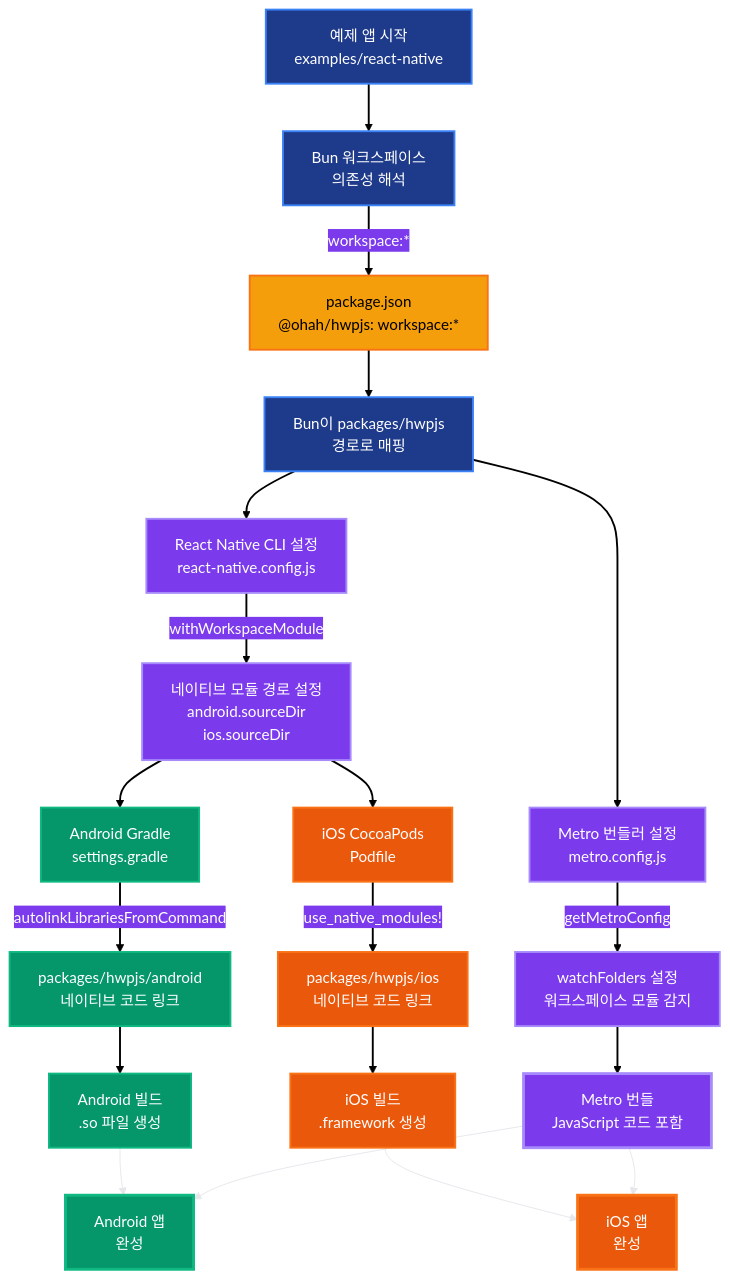
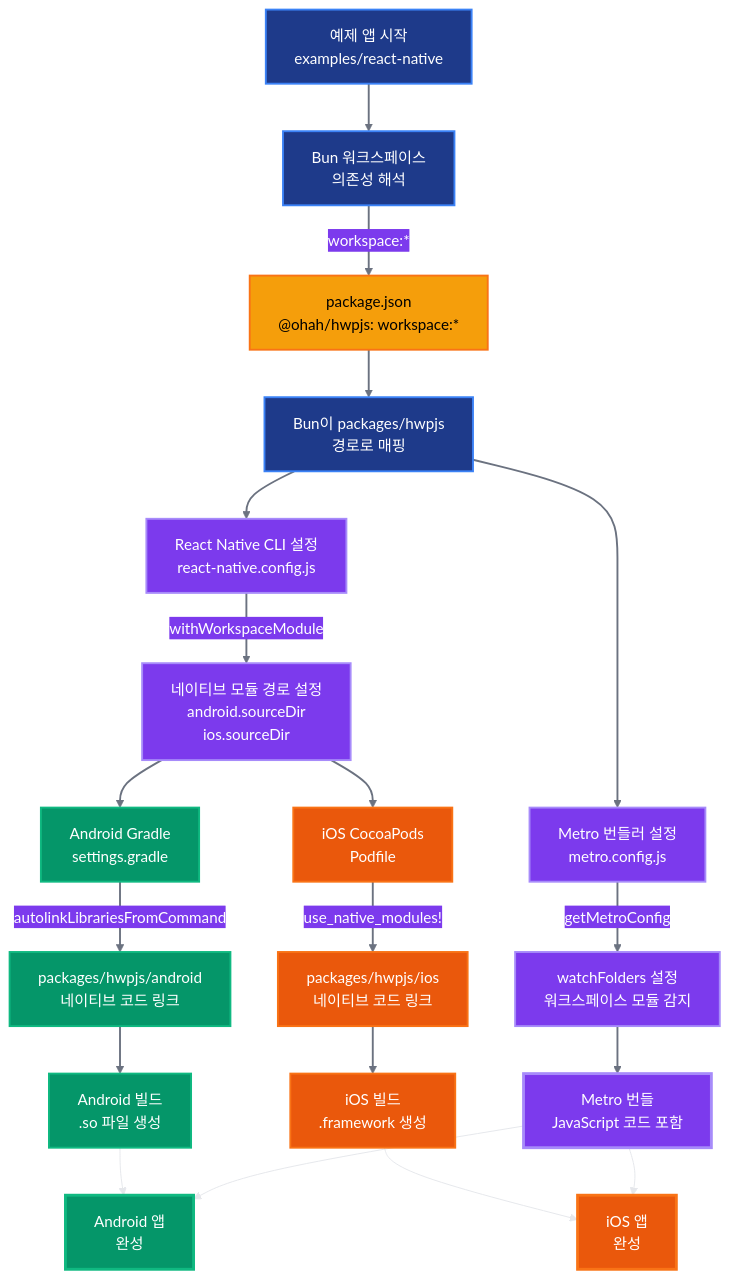
The diagram in docs/monthly-opensource/hwpjs/development-4.mdx (ohah/ohah.github.io), drawn with Mermaid before and after one commit. The commit also changed 1 other file, not shown here.

Commit message:
docs(hwpjs): improve flowchart link colors for dark and light themes
- Change link stroke color from #000000 to #6b7280 (medium gray)
- Improves visibility in both dark and light themes
- Applied to both development-2.mdx and development-4.mdx flowcharts

````diff
--- a/docs/monthly-opensource/hwpjs/development-4.mdx
+++ b/docs/monthly-opensource/hwpjs/development-4.mdx
@@ -276,62 +276,62 @@
 ```mermaid
 %%{init: {'theme':'base', 'themeVariables': { 'primaryColor':'#1e3a8a', 'primaryTextColor':'#fff', 'primaryBorderColor':'#3b82f6', 'lineColor':'#e5e7eb', 'secondaryColor':'#7c3aed', 'tertiaryColor':'#f59e0b', 'fontSize':'16px', 'clusterBkg':'#1e3a8a', 'clusterText':'#fff', 'clusterFontSize':'18px', 'edgeLabelFontSize':'16px'}}}%%
 graph TB
     Start["예제 앱 시작<br/>examples/react-native"] --> BunDep["Bun 워크스페이스<br/>의존성 해석"]
     
     BunDep -->|workspace:*| PackageJson["package.json<br/>@ohah/hwpjs: workspace:*"]
     PackageJson --> BunResolve["Bun이 packages/hwpjs<br/>경로로 매핑"]
     
     BunResolve --> MetroConfig["Metro 번들러 설정<br/>metro.config.js"]
     MetroConfig -->|getMetroConfig| MetroWatch["watchFolders 설정<br/>워크스페이스 모듈 감지"]
     
     BunResolve --> RNConfig["React Native CLI 설정<br/>react-native.config.js"]
     RNConfig -->|withWorkspaceModule| RNPath["네이티브 모듈 경로 설정<br/>android.sourceDir<br/>ios.sourceDir"]
     
     RNPath --> AndroidGradle["Android Gradle<br/>settings.gradle"]
     AndroidGradle -->|autolinkLibrariesFromCommand| AndroidLink["packages/hwpjs/android<br/>네이티브 코드 링크"]
     AndroidLink --> AndroidBuild["Android 빌드<br/>.so 파일 생성"]
     
     RNPath --> iOSPodfile["iOS CocoaPods<br/>Podfile"]
     iOSPodfile -->|use_native_modules!| iOSLink["packages/hwpjs/ios<br/>네이티브 코드 링크"]
     iOSLink --> iOSBuild["iOS 빌드<br/>.framework 생성"]
     
     MetroWatch --> MetroBundle["Metro 번들<br/>JavaScript 코드 포함"]
     AndroidBuild --> AndroidApp["Android 앱<br/>완성"]
     iOSBuild --> iOSApp["iOS 앱<br/>완성"]
     
     MetroBundle --> AndroidApp
     MetroBundle --> iOSApp
     
     style Start fill:#1e3a8a,stroke:#3b82f6,stroke-width:2px,color:#ffffff
     style BunDep fill:#1e3a8a,stroke:#3b82f6,stroke-width:2px,color:#ffffff
     style PackageJson fill:#f59e0b,stroke:#f97316,stroke-width:2px,color:#000000
     style BunResolve fill:#1e3a8a,stroke:#3b82f6,stroke-width:2px,color:#ffffff
     style MetroConfig fill:#7c3aed,stroke:#a78bfa,stroke-width:2px,color:#ffffff
     style MetroWatch fill:#7c3aed,stroke:#a78bfa,stroke-width:2px,color:#ffffff
     style RNConfig fill:#7c3aed,stroke:#a78bfa,stroke-width:2px,color:#ffffff
     style RNPath fill:#7c3aed,stroke:#a78bfa,stroke-width:2px,color:#ffffff
     style AndroidGradle fill:#059669,stroke:#10b981,stroke-width:2px,color:#ffffff
     style AndroidLink fill:#059669,stroke:#10b981,stroke-width:2px,color:#ffffff
     style AndroidBuild fill:#059669,stroke:#10b981,stroke-width:2px,color:#ffffff
     style iOSPodfile fill:#ea580c,stroke:#f97316,stroke-width:2px,color:#ffffff
     style iOSLink fill:#ea580c,stroke:#f97316,stroke-width:2px,color:#ffffff
     style iOSBuild fill:#ea580c,stroke:#f97316,stroke-width:2px,color:#ffffff
     style MetroBundle fill:#7c3aed,stroke:#a78bfa,stroke-width:3px,color:#ffffff
     style AndroidApp fill:#059669,stroke:#10b981,stroke-width:3px,color:#ffffff
     style iOSApp fill:#ea580c,stroke:#f97316,stroke-width:3px,color:#ffffff
     
-    linkStyle 0 stroke:#000000,stroke-width:2px
-    linkStyle 1 stroke:#000000,stroke-width:2px
-    linkStyle 2 stroke:#000000,stroke-width:2px
-    linkStyle 3 stroke:#000000,stroke-width:2px
-    linkStyle 4 stroke:#000000,stroke-width:2px
-    linkStyle 5 stroke:#000000,stroke-width:2px
-    linkStyle 6 stroke:#000000,stroke-width:2px
-    linkStyle 7 stroke:#000000,stroke-width:2px
-    linkStyle 8 stroke:#000000,stroke-width:2px
-    linkStyle 9 stroke:#000000,stroke-width:2px
-    linkStyle 10 stroke:#000000,stroke-width:2px
-    linkStyle 11 stroke:#000000,stroke-width:2px
-    linkStyle 12 stroke:#000000,stroke-width:2px
-    linkStyle 13 stroke:#000000,stroke-width:2px
+    linkStyle 0 stroke:#6b7280,stroke-width:2px
+    linkStyle 1 stroke:#6b7280,stroke-width:2px
+    linkStyle 2 stroke:#6b7280,stroke-width:2px
+    linkStyle 3 stroke:#6b7280,stroke-width:2px
+    linkStyle 4 stroke:#6b7280,stroke-width:2px
+    linkStyle 5 stroke:#6b7280,stroke-width:2px
+    linkStyle 6 stroke:#6b7280,stroke-width:2px
+    linkStyle 7 stroke:#6b7280,stroke-width:2px
+    linkStyle 8 stroke:#6b7280,stroke-width:2px
+    linkStyle 9 stroke:#6b7280,stroke-width:2px
+    linkStyle 10 stroke:#6b7280,stroke-width:2px
+    linkStyle 11 stroke:#6b7280,stroke-width:2px
+    linkStyle 12 stroke:#6b7280,stroke-width:2px
+    linkStyle 13 stroke:#6b7280,stroke-width:2px
 ```
````
